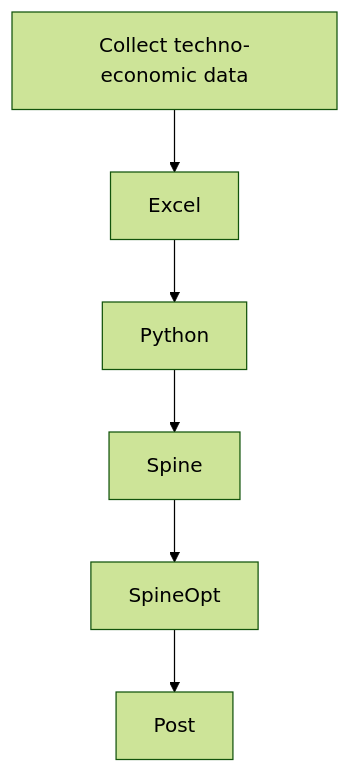
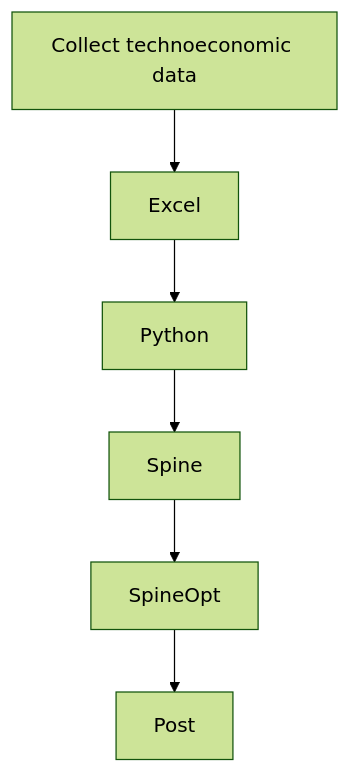
The diagram in docs/1_about.md (tbaptistal/MORPHE2US), drawn with Mermaid (forest theme) before and after one commit.

Commit message:
removing - from techno economic

````diff
--- a/docs/1_about.md
+++ b/docs/1_about.md
@@ -34,18 +34,18 @@
 ```{mermaid}
 flowchart TD
 
-    A[Collect techno-economic data]
+    A[Collect technoeconomic data]
 
     B[Excel]
 
     C[Python]
 
     D[Spine]
 
     E[SpineOpt]
 
     F[Post]
 
     A --> B --> C --> D --> E --> F
 
 ```
````
